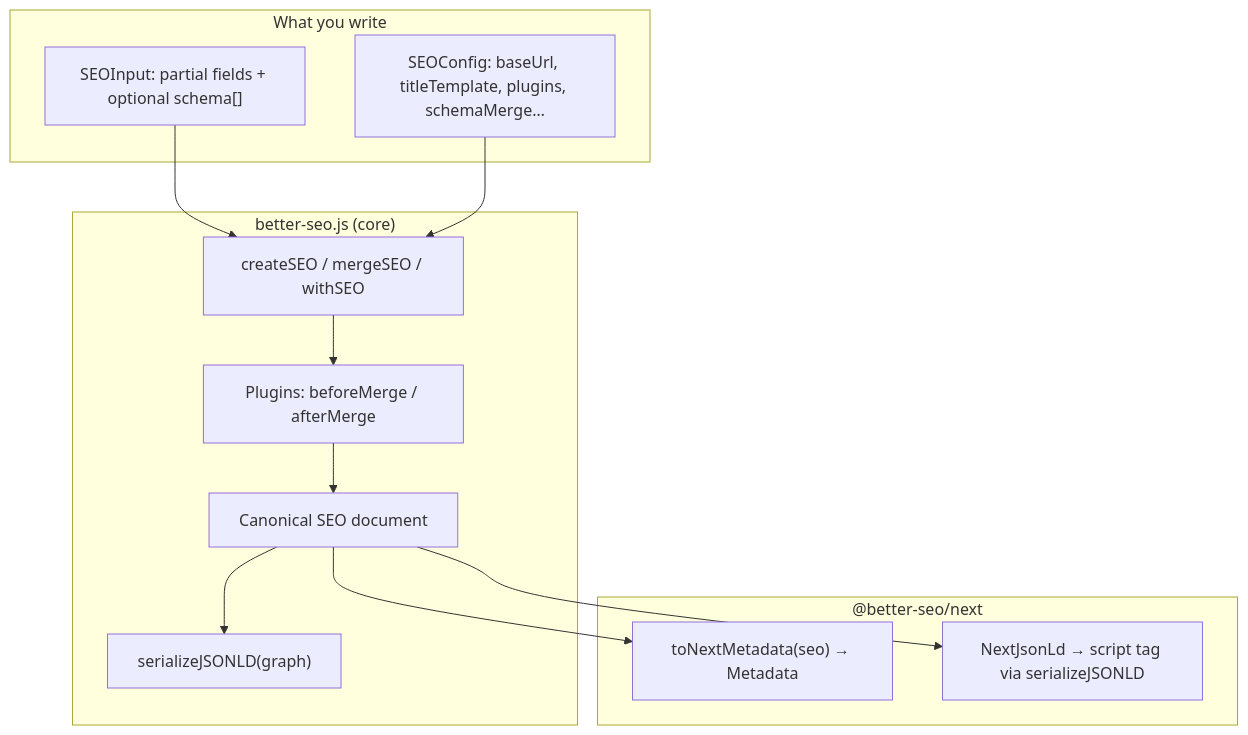
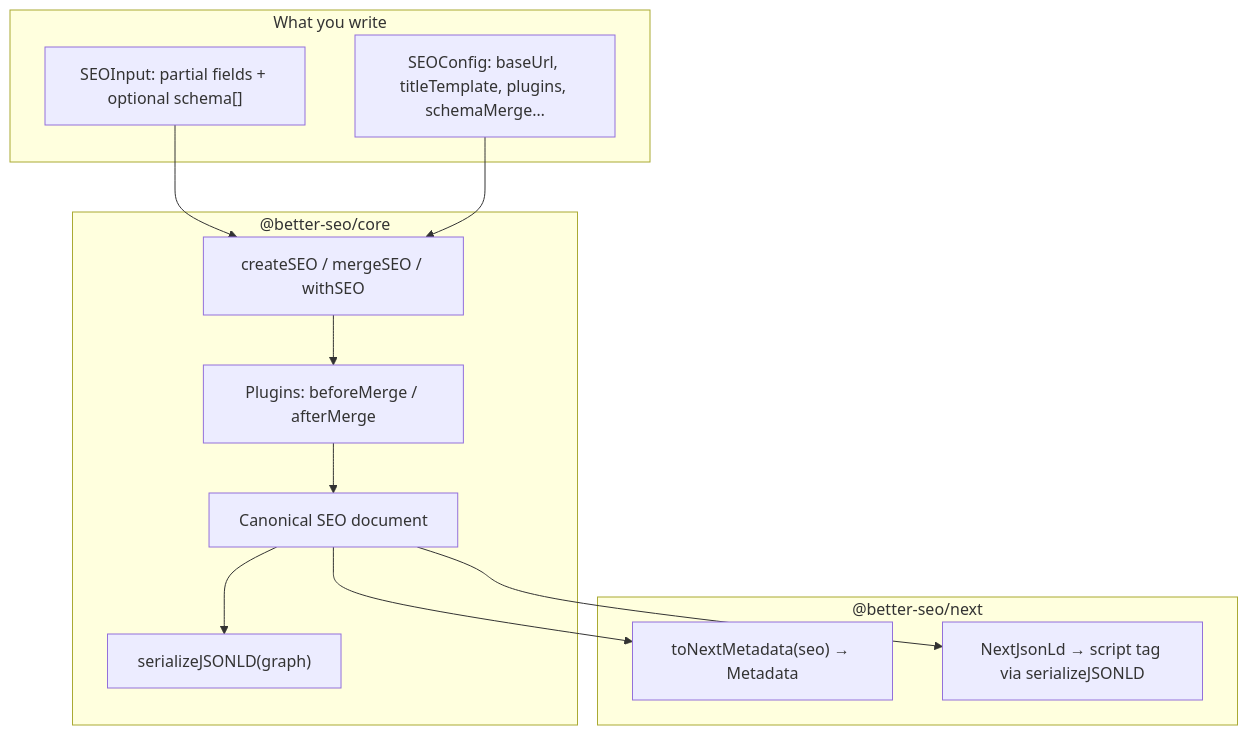
The first of 2 diagrams in README.md (0xMilord/better-seo-js), drawn with Mermaid before and after one commit. The commit also changed other lines of this file and 44 other files, not shown here.

````diff
--- a/README.md
+++ b/README.md
@@ -110,27 +110,27 @@
 ```mermaid
 flowchart TB
   subgraph input [What you write]
     A["SEOInput: partial fields + optional schema[]"]
     B["SEOConfig: baseUrl, titleTemplate, plugins, schemaMerge…"]
   end
 
-  subgraph core ["better-seo.js (core)"]
+  subgraph core ["@better-seo/core"]
     C["createSEO / mergeSEO / withSEO"]
     D["Plugins: beforeMerge / afterMerge"]
     E["Canonical SEO document"]
     F["serializeJSONLD(graph)"]
   end
 
   subgraph next ["@better-seo/next"]
     G["toNextMetadata(seo) → Metadata"]
     H["NextJsonLd → script tag via serializeJSONLD"]
   end
 
   A --> C
   B --> C
   C --> D
   D --> E
   E --> F
   E --> G
   E --> H
 ```
````
